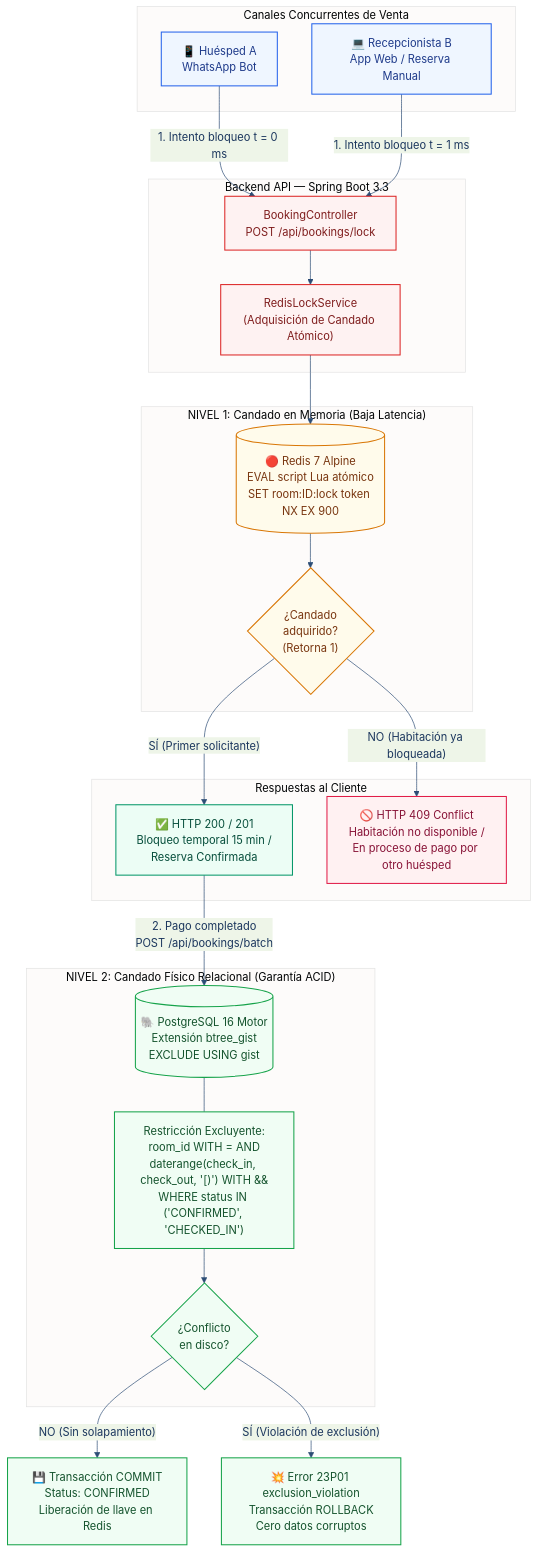
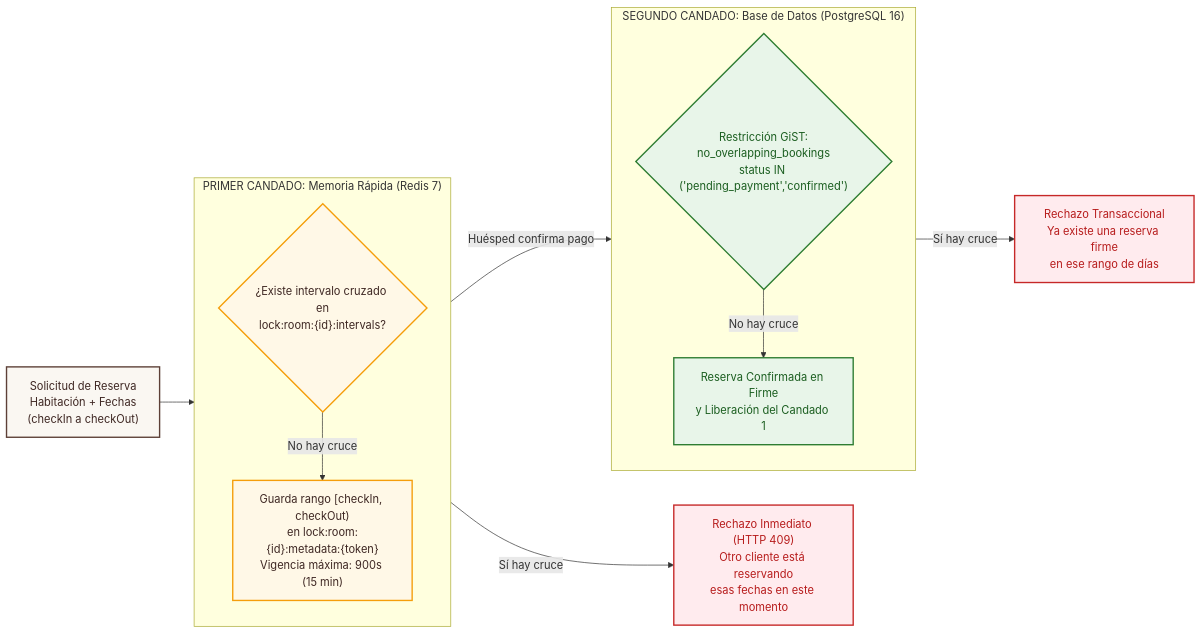
Before and after one commit to JuanJarias/SatoriPMS: the second of 2 diagrams in docs/Diagramas/03_Concurrencia_Doble_Candado.md, drawn with Mermaid. The commit also changed other lines of this file and 8 other files, not shown here.

Commit message:
docs(diagrams,budget): restructure Mermaid diagrams and align budget docs and xlsx with client rules

````diff
--- a/docs/Diagramas/03_Concurrencia_Doble_Candado.md
+++ b/docs/Diagramas/03_Concurrencia_Doble_Candado.md
@@ -7,63 +65,31 @@
 ```mermaid
-%%{init: {'theme': 'base', 'themeVariables': { 'primaryColor': '#E8EEF5', 'primaryTextColor': '#1B365D', 'primaryBorderColor': '#2C4D75', 'lineColor': '#2C4D75' }}}%%
-flowchart TD
-    subgraph CanalesEntrada["Canales Concurrentes de Venta"]
-        WA["📱 Huésped A<br/>WhatsApp Bot"]
-        WebRec["💻 Recepcionista B<br/>App Web / Reserva Manual"]
+flowchart LR
+    classDef step fill:#FAF7F2,stroke:#5D4037,stroke-width:2px,color:#3E2723
+    classDef lock1 fill:#FFF8E7,stroke:#F59E0B,stroke-width:2px,color:#3E2723
+    classDef lock2 fill:#E8F5E9,stroke:#2E7D32,stroke-width:2px,color:#1B5E20
+    classDef reject fill:#FFEBEE,stroke:#C62828,stroke-width:2px,color:#B71C1C
+
+    Solicitud["Solicitud de Reserva<br/>Habitación + Fechas<br/>(checkIn a checkOut)"]:::step
+
+    subgraph Candado1["PRIMER CANDADO: Memoria Rápida (Redis 7)"]
+        direction TB
+        LuaCheck{"¿Existe intervalo cruzado en<br/>lock:room:{id}:intervals?"}:::lock1
+        HashTTL["Guarda rango [checkIn, checkOut)<br/>en lock:room:{id}:metadata:{token}<br/>Vigencia máxima: 900s (15 min)"]:::lock1
     end
 
-    subgraph CapaAPI["Backend API — Spring Boot 3.3"]
-        BookingCtrl["BookingController<br/>POST /api/bookings/lock"]
-        LockService["RedisLockService<br/>(Adquisición de Candado Atómico)"]
+    subgraph Candado2["SEGUNDO CANDADO: Base de Datos (PostgreSQL 16)"]
+        direction TB
+        GistCheck{"Restricción GiST:<br/>no_overlapping_bookings<br/>status IN ('pending_payment','confirmed')"}:::lock2
+        Persist["Reserva Confirmada en Firme<br/>y Liberación del Candado 1"]:::lock2
     end
 
-    subgraph Nivel1["NIVEL 1: Candado en Memoria (Baja Latencia)"]
-        RedisMem[("🔴 Redis 7 Alpine<br/>EVAL script Lua atómico<br/>SET room:ID:lock token NX EX 900")]
-        DecisionLock{"¿Candado<br/>adquirido?<br/>(Retorna 1)"}
-    end
+    Rechazo1["Rechazo Inmediato (HTTP 409)<br/>Otro cliente está reservando<br/>esas fechas en este momento"]:::reject
+    Rechazo2["Rechazo Transaccional<br/>Ya existe una reserva firme<br/>en ese rango de días"]:::reject
 
-    subgraph Nivel2["NIVEL 2: Candado Físico Relacional (Garantía ACID)"]
-        DBEngine[("🐘 PostgreSQL 16 Motor<br/>Extensión btree_gist<br/>EXCLUDE USING gist")]
-        ConstraintRule["Restricción Excluyente:<br/>room_id WITH = AND<br/>daterange(check_in, check_out, '[)') WITH &&<br/>WHERE status IN ('CONFIRMED', 'CHECKED_IN')"]
-        DecisionDB{"¿Conflicto<br/>en disco?"}
-    end
-
-    subgraph Respuestas["Respuestas al Cliente"]
-        Success["✅ HTTP 200 / 201<br/>Bloqueo temporal 15 min /<br/>Reserva Confirmada"]
-        Conflict["🚫 HTTP 409 Conflict<br/>Habitación no disponible /<br/>En proceso de pago por otro huésped"]
-    end
-
-    %% Flujo concurrente
-    WA -->|"1. Intento bloqueo t = 0 ms"| BookingCtrl
-    WebRec -->|"1. Intento bloqueo t = 1 ms"| BookingCtrl
-    BookingCtrl --> LockService
-    LockService --> RedisMem
-    RedisMem --> DecisionLock
-
-    %% Decisiones Nivel 1
-    DecisionLock -->|"SÍ (Primer solicitante)"| Success
-    DecisionLock -->|"NO (Habitación ya bloqueada)"| Conflict
-
-    %% Transición a Nivel 2
-    Success -->|"2. Pago completado<br/>POST /api/bookings/batch"| DBEngine
-    DBEngine --- ConstraintRule
-    ConstraintRule --> DecisionDB
-
-    %% Decisiones Nivel 2
-    DecisionDB -->|"NO (Sin solapamiento)"| CommitDB["💾 Transacción COMMIT<br/>Status: CONFIRMED<br/>Liberación de llave en Redis"]
-    DecisionDB -->|"SÍ (Violación de exclusión)"| RollbackDB["💥 Error 23P01 exclusion_violation<br/>Transacción ROLLBACK<br/>Cero datos corruptos"]
-
-    classDef channels fill:#EFF6FF,stroke:#2563EB,stroke-width:1.5px,color:#1E3A8A;
-    classDef api fill:#FEF2F2,stroke:#DC2626,stroke-width:1.5px,color:#7F1D1D;
-    classDef n1 fill:#FFFBEB,stroke:#D97706,stroke-width:1.5px,color:#78350F;
-    classDef n2 fill:#F0FDF4,stroke:#16A34A,stroke-width:1.5px,color:#14532D;
-    classDef respOk fill:#ECFDF5,stroke:#059669,stroke-width:1.5px,color:#064E3B;
-    classDef respErr fill:#FFF1F2,stroke:#E11D48,stroke-width:1.5px,color:#881337;
-
-    class WA,WebRec channels;
-    class BookingCtrl,LockService api;
-    class RedisMem,DecisionLock n1;
-    class DBEngine,ConstraintRule,DecisionDB,CommitDB,RollbackDB n2;
-    class Success respOk;
-    class Conflict respErr;
+    Solicitud --> LuaCheck
+    LuaCheck -->|"Sí hay cruce"| Rechazo1
+    LuaCheck -->|"No hay cruce"| HashTTL
+    HashTTL -->|"Huésped confirma pago"| GistCheck
+    GistCheck -->|"Sí hay cruce"| Rechazo2
+    GistCheck -->|"No hay cruce"| Persist
 ```
````
